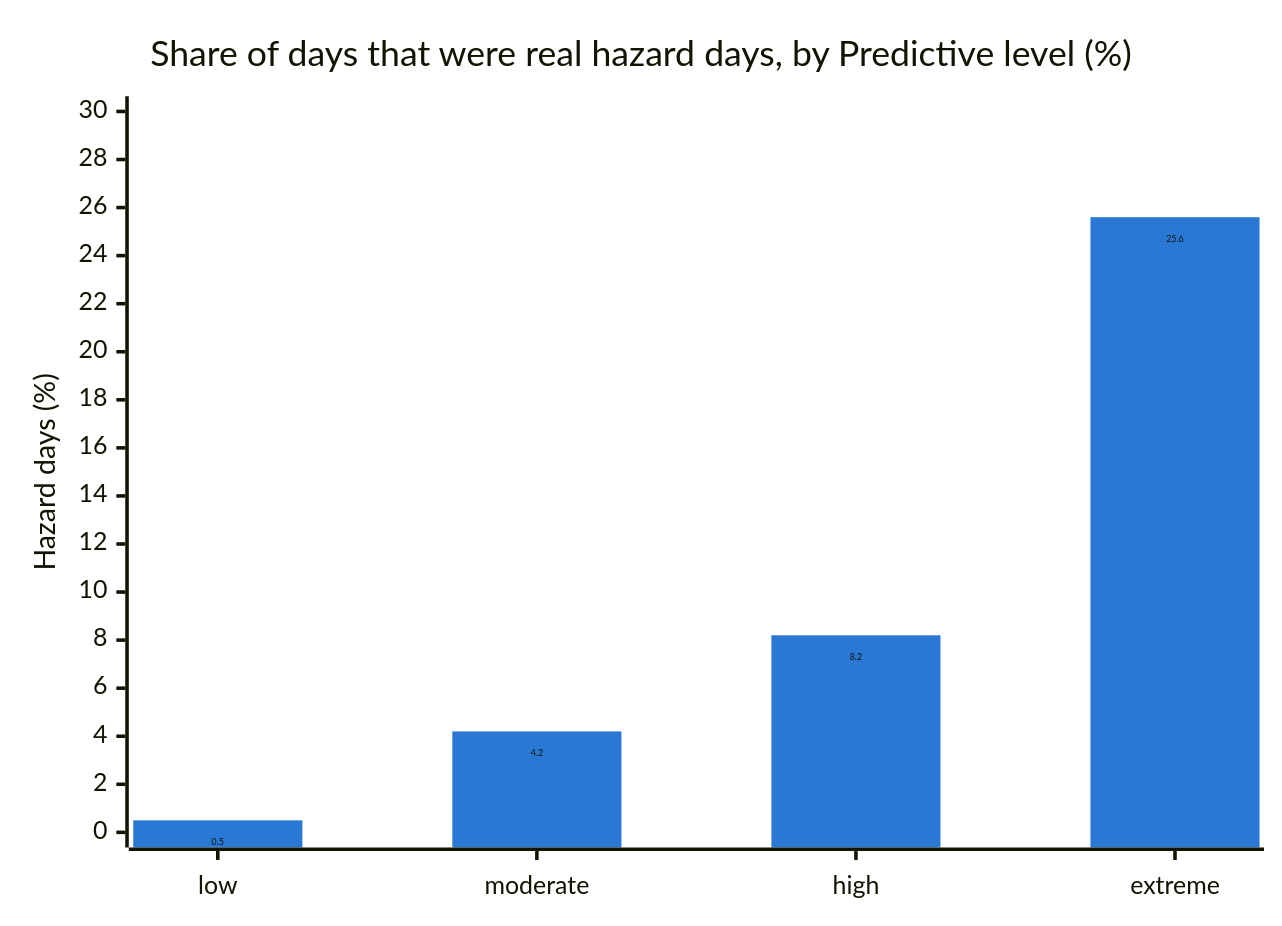
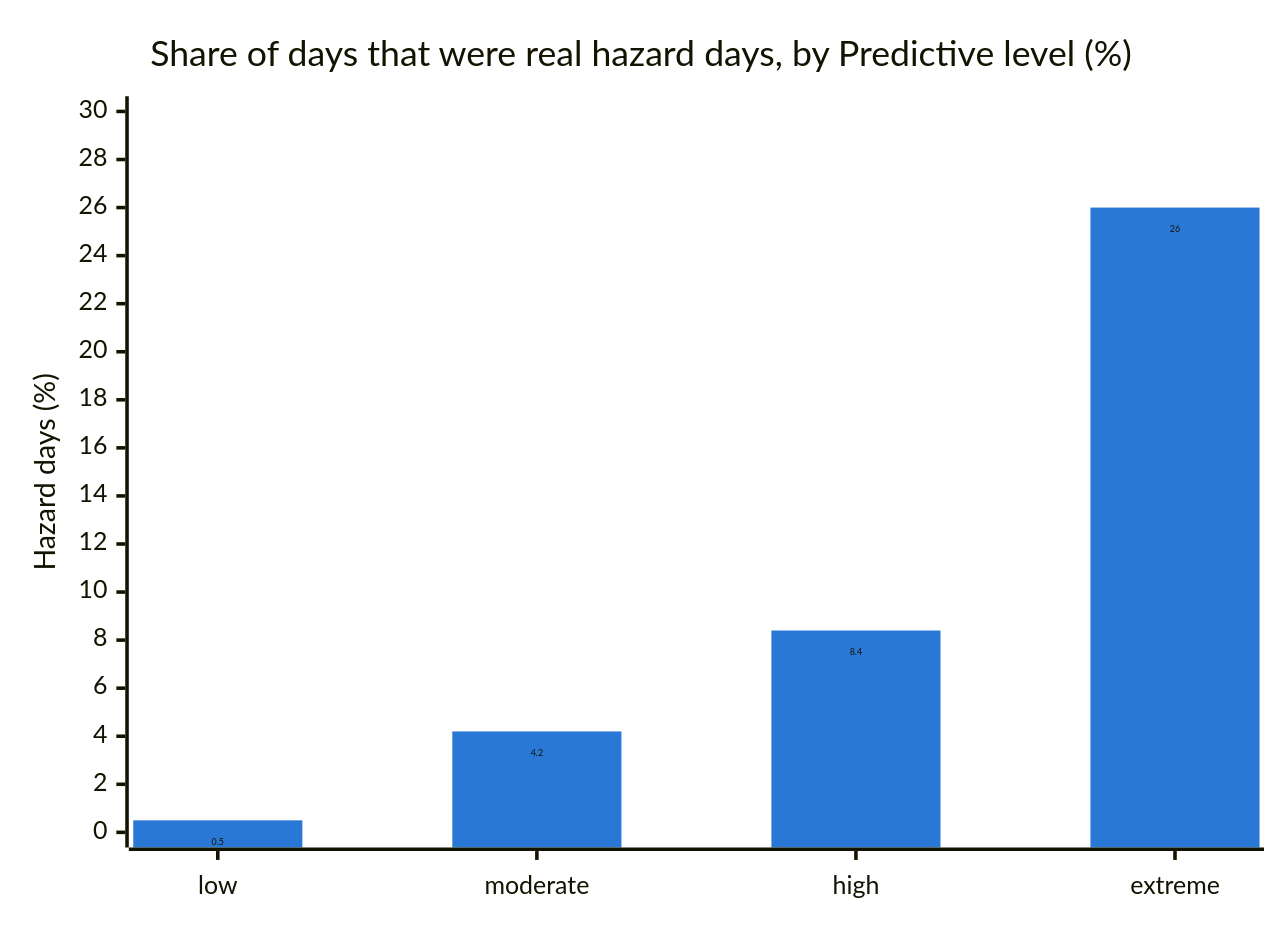
The third of 3 diagrams in README.md (EvanLowther/CrewCare), drawn with Mermaid before and after one commit. The commit also changed other lines of this file and 3 other files, not shown here.

````diff
--- a/README.md
+++ b/README.md
@@ -210,15 +245,15 @@
 ```mermaid
 ---
 config:
   xyChart:
     showDataLabel: true
   themeVariables:
     xyChart:
       plotColorPalette: "#2a78d6"
 ---
 xychart-beta
     title "Share of days that were real hazard days, by Predictive level (%)"
     x-axis ["low", "moderate", "high", "extreme"]
     y-axis "Hazard days (%)" 0 --> 30
-    bar [0.5, 4.2, 8.2, 25.6]
+    bar [0.5, 4.2, 8.4, 26.0]
 ```
````
